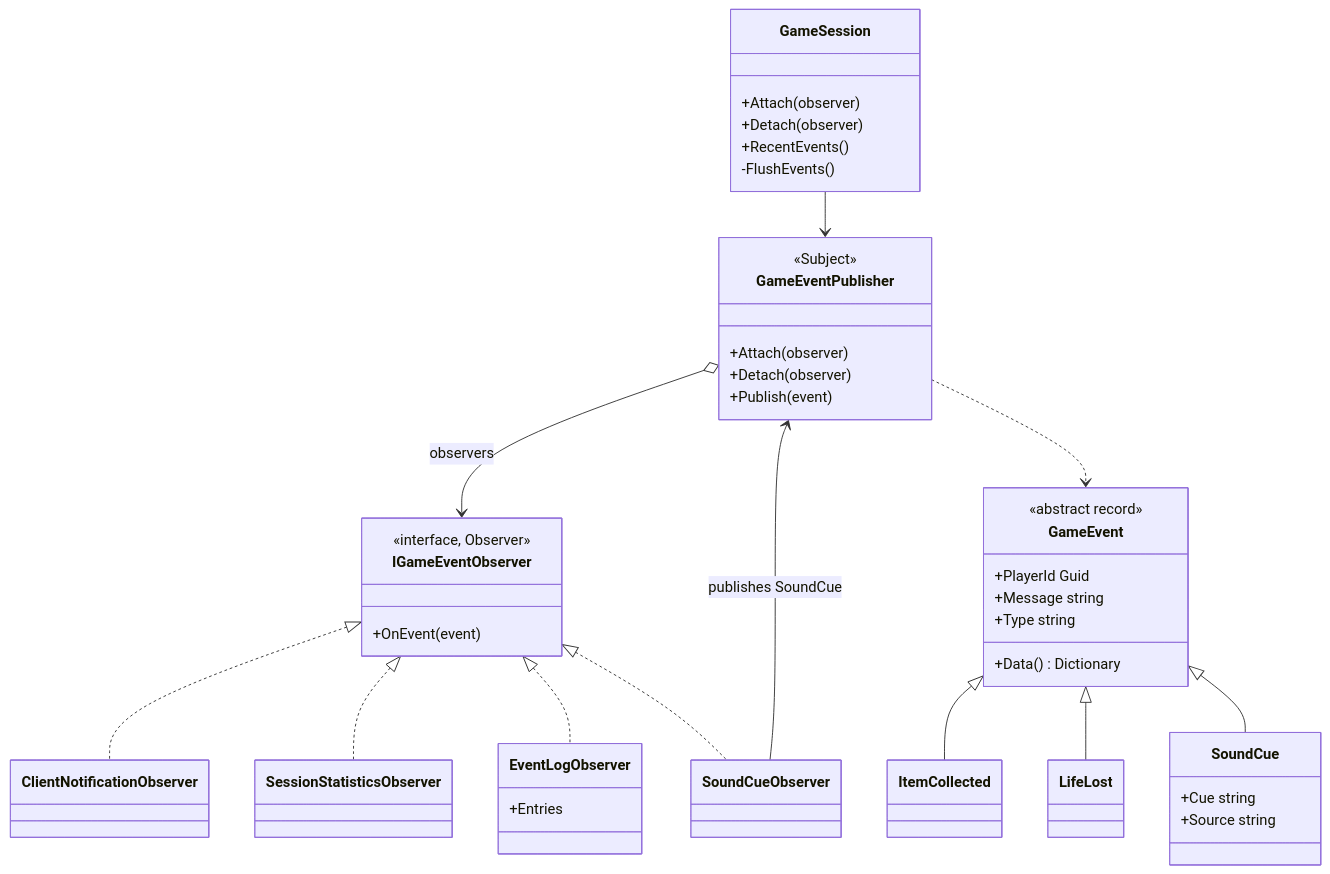
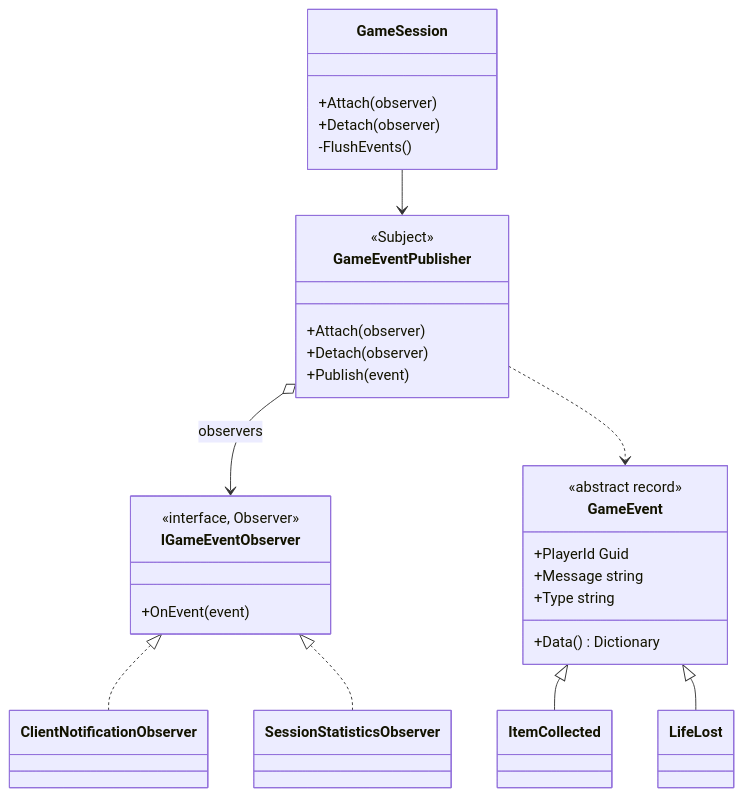
Before and after one commit to YoBoyJonas/OPP: the third of 3 diagrams in docs/patterns/Observer.md, drawn with Mermaid. The commit also changed other lines of this file and 20 other files, not shown here.

````diff
--- a/docs/patterns/Observer.md
+++ b/docs/patterns/Observer.md
@@ -102,49 +92,36 @@
 ```mermaid
 classDiagram
     class GameEvent {
         <<abstract record>>
         +PlayerId Guid
         +Message string
         +Type string
         +Data() Dictionary
     }
     class ItemCollected
     class LifeLost
-    class SoundCue {
-        +Cue string
-        +Source string
-    }
     GameEvent <|-- ItemCollected
     GameEvent <|-- LifeLost
-    GameEvent <|-- SoundCue
     class GameEventPublisher {
         <<Subject>>
         +Attach(observer)
         +Detach(observer)
         +Publish(event)
     }
     class IGameEventObserver {
         <<interface, Observer>>
         +OnEvent(event)
     }
     class ClientNotificationObserver
     class SessionStatisticsObserver
-    class EventLogObserver {
-        +Entries
-    }
-    class SoundCueObserver
     GameEventPublisher o--> IGameEventObserver : observers
     IGameEventObserver <|.. ClientNotificationObserver
     IGameEventObserver <|.. SessionStatisticsObserver
-    IGameEventObserver <|.. EventLogObserver
-    IGameEventObserver <|.. SoundCueObserver
-    SoundCueObserver --> GameEventPublisher : publishes SoundCue
     class GameSession {
         +Attach(observer)
         +Detach(observer)
-        +RecentEvents()
         -FlushEvents()
     }
     GameSession --> GameEventPublisher
     GameEventPublisher ..> GameEvent
 ```
````
